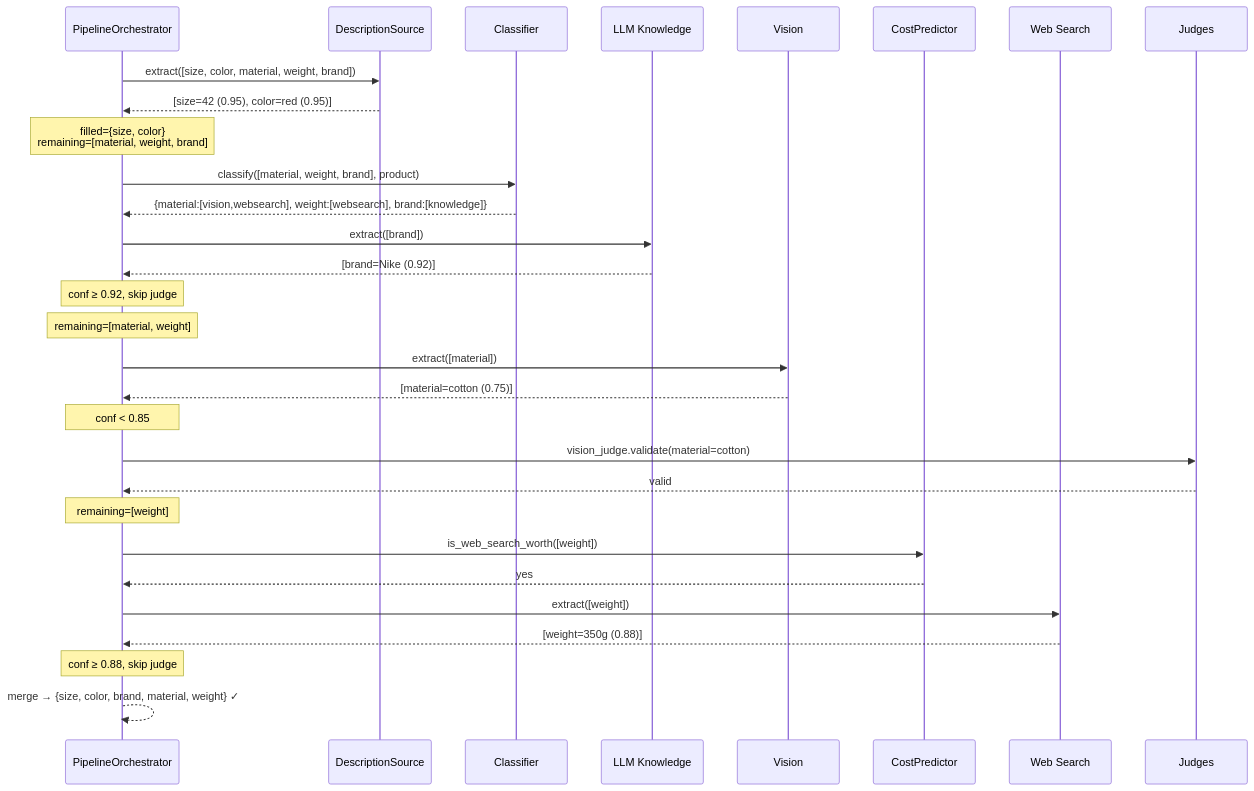
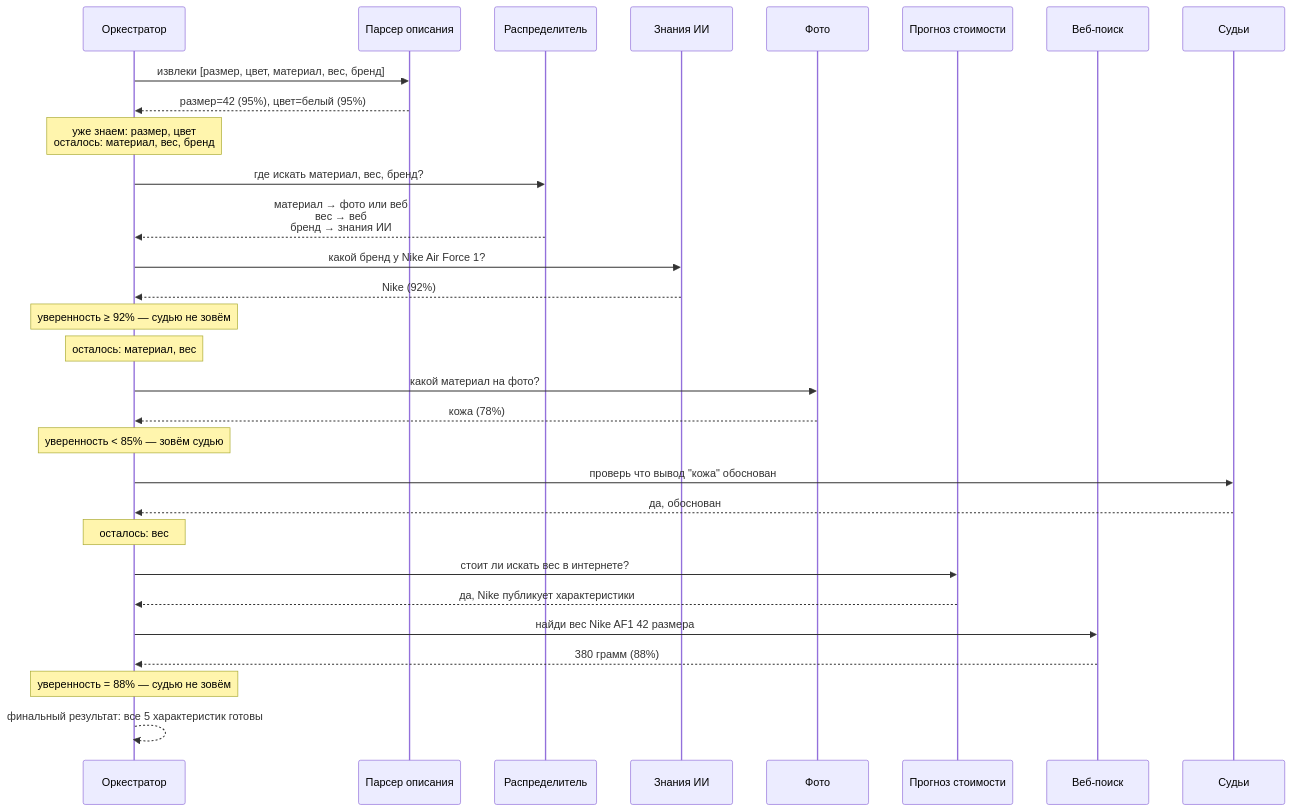
One commit to e-ComGen/eg_ai_features_service changed the second of 3 diagrams in docs/architecture/pipeline.md. Above: the diagram before and after it, drawn with Mermaid. The commit also changed other lines of this file and 3 other files, not shown here.

Commit message:
docs(architecture): переписать все документы на русском с понятными объяснениями

````diff
--- a/docs/architecture/pipeline.md
+++ b/docs/architecture/pipeline.md
@@ -84,38 +84,38 @@
 ```mermaid
 sequenceDiagram
-    participant Orch as PipelineOrchestrator
-    participant Desc as DescriptionSource
-    participant Class as Classifier
-    participant Know as LLM Knowledge
-    participant Vis as Vision
-    participant Cost as CostPredictor
-    participant Web as Web Search
-    participant Judge as Judges
+    participant Orch as Оркестратор
+    participant Desc as Парсер описания
+    participant Class as Распределитель
+    participant Know as Знания ИИ
+    participant Vis as Фото
+    participant Cost as Прогноз стоимости
+    participant Web as Веб-поиск
+    participant Judge as Судьи
     
-    Orch->>Desc: extract([size, color, material, weight, brand])
-    Desc-->>Orch: [size=42 (0.95), color=red (0.95)]
-    Note over Orch: filled={size, color}<br/>remaining=[material, weight, brand]
+    Orch->>Desc: извлеки [размер, цвет, материал, вес, бренд]
+    Desc-->>Orch: размер=42 (95%), цвет=белый (95%)
+    Note over Orch: уже знаем: размер, цвет<br/>осталось: материал, вес, бренд
     
-    Orch->>Class: classify([material, weight, brand], product)
-    Class-->>Orch: {material:[vision,websearch], weight:[websearch], brand:[knowledge]}
+    Orch->>Class: где искать материал, вес, бренд?
+    Class-->>Orch: материал → фото или веб<br/>вес → веб<br/>бренд → знания ИИ
     
-    Orch->>Know: extract([brand])
-    Know-->>Orch: [brand=Nike (0.92)]
-    Note over Orch: conf ≥ 0.92, skip judge
-    Note over Orch: remaining=[material, weight]
+    Orch->>Know: какой бренд у Nike Air Force 1?
+    Know-->>Orch: Nike (92%)
+    Note over Orch: уверенность ≥ 92% — судью не зовём
+    Note over Orch: осталось: материал, вес
     
-    Orch->>Vis: extract([material])
-    Vis-->>Orch: [material=cotton (0.75)]
-    Note over Orch: conf < 0.85
-    Orch->>Judge: vision_judge.validate(material=cotton)
-    Judge-->>Orch: valid
-    Note over Orch: remaining=[weight]
+    Orch->>Vis: какой материал на фото?
+    Vis-->>Orch: кожа (78%)
+    Note over Orch: уверенность < 85% — зовём судью
+    Orch->>Judge: проверь что вывод "кожа" обоснован
+    Judge-->>Orch: да, обоснован
+    Note over Orch: осталось: вес
     
-    Orch->>Cost: is_web_search_worth([weight])
-    Cost-->>Orch: yes
-    Orch->>Web: extract([weight])
-    Web-->>Orch: [weight=350g (0.88)]
-    Note over Orch: conf ≥ 0.88, skip judge
+    Orch->>Cost: стоит ли искать вес в интернете?
+    Cost-->>Orch: да, Nike публикует характеристики
+    Orch->>Web: найди вес Nike AF1 42 размера
+    Web-->>Orch: 380 грамм (88%)
+    Note over Orch: уверенность = 88% — судью не зовём
     
-    Orch-->>Orch: merge → {size, color, brand, material, weight} ✓
+    Orch-->>Orch: финальный результат: все 5 характеристик готовы
 ```
````
